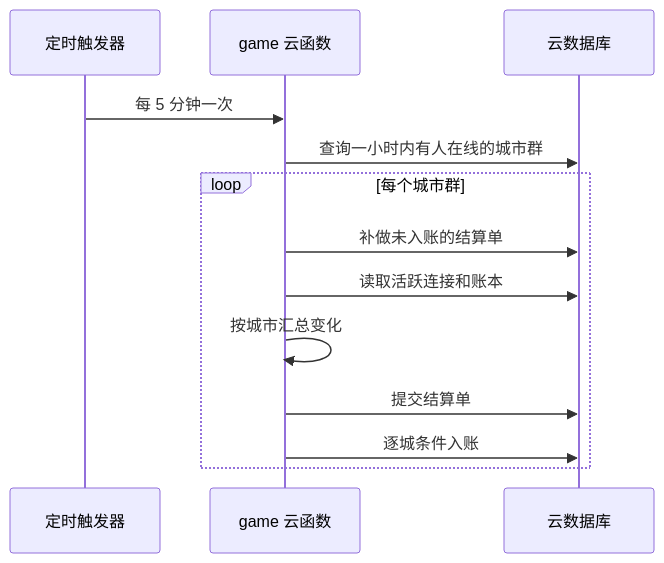
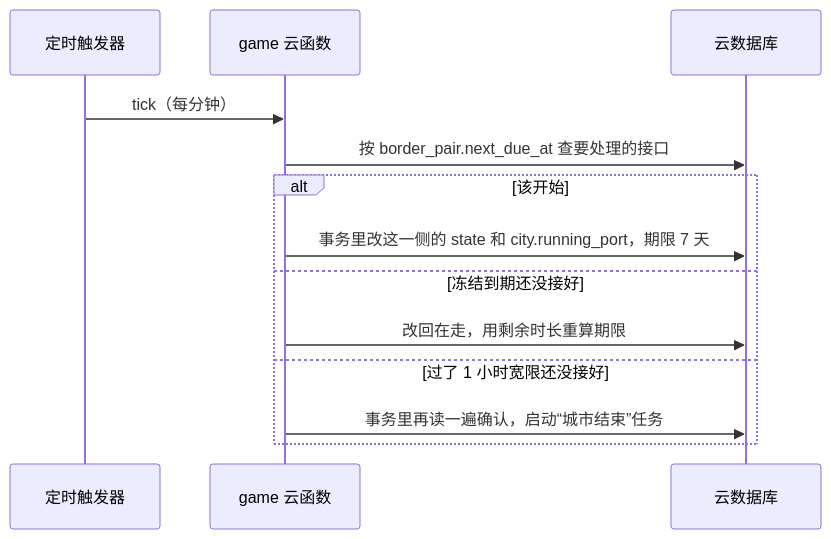
One commit to juanchaopan/city-link changed the sixth of 9 diagrams in docs/architecture/overview.md. Above: the diagram before and after it, drawn with Mermaid. The commit also changed other lines of this file and 6 other files, not shown here.

Commit message:
docs(architecture): 架构概览和 ADR 按设计稿同步 (#21)

````diff
--- a/docs/architecture/overview.md
+++ b/docs/architecture/overview.md
@@ -133,15 +187,15 @@
 ```mermaid
 sequenceDiagram
   participant T as 定时触发器
   participant G as game 云函数
   participant D as 云数据库
-  T->>G: 每 5 分钟一次
-  G->>D: 查询一小时内有人在线的城市群
-  loop 每个城市群
-    G->>D: 补做未入账的结算单
-    G->>D: 读取活跃连接和账本
-    G->>G: 按城市汇总变化
-    G->>D: 提交结算单
-    G->>D: 逐城条件入账
+  T->>G: tick（每分钟）
+  G->>D: 按 border_pair.next_due_at 查要处理的接口
+  alt 该开始
+    G->>D: 事务里改这一侧的 state 和 city.running_port，期限 7 天
+  else 冻结到期还没接好
+    G->>D: 改回在走，用剩余时长重算期限
+  else 过了 1 小时宽限还没接好
+    G->>D: 事务里再读一遍确认，启动“城市结束”任务
   end
 ```
````
